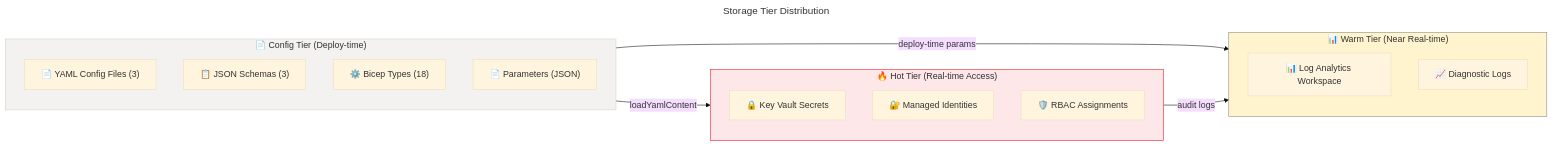
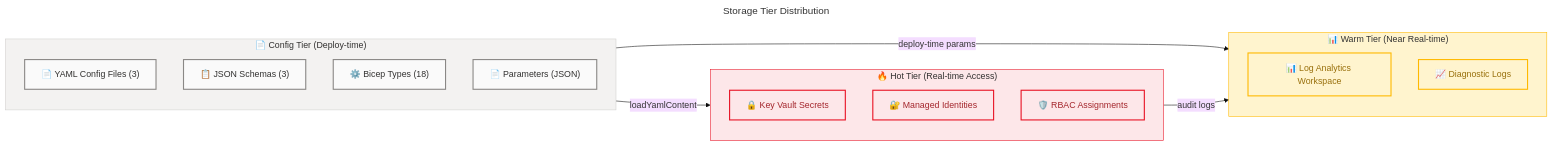
Before and after one commit to Evilazaro/DevExp-DevBox: the second of 9 diagrams in docs/architecture/data-architecture.md, drawn with Mermaid.

Commit message:
style: enhance flowchart color coding for improved clarity and categorization

````diff
--- a/docs/architecture/data-architecture.md
+++ b/docs/architecture/data-architecture.md
@@ -170,50 +170,54 @@
 ```mermaid
 ---
 title: Storage Tier Distribution
 config:
   theme: base
   look: classic
   layout: dagre
   themeVariables:
     fontSize: '16px'
 ---
 flowchart LR
     %% ═══════════════════════════════════════════════════════════════════════════
     %% AZURE / FLUENT ARCHITECTURE PATTERN v1.1
     %% (Semantic + Structural + Font + Accessibility Governance)
     %% ═══════════════════════════════════════════════════════════════════════════
     %% PHASE 1 - STRUCTURAL: Direction explicit, flat topology, nesting ≤ 3
     %% PHASE 2 - SEMANTIC: Colors justified, max 5 semantic classes, neutral-first
     %% PHASE 3 - FONT: Dark text on light backgrounds, contrast ≥ 4.5:1
     %% PHASE 4 - ACCESSIBILITY: accTitle/accDescr present, icons on all nodes
     %% PHASE 5 - STANDARD: Governance block present, classDefs centralized
     %% ═══════════════════════════════════════════════════════════════════════════
 
     accTitle: Storage Tier Distribution
     accDescr: Distribution of data assets across storage tiers from hot operational to cold configuration
 
     subgraph HOT["🔥 Hot Tier (Real-time Access)"]
-        H1["🔒 Key Vault Secrets"]
-        H2["🔐 Managed Identities"]
-        H3["🛡️ RBAC Assignments"]
+        H1["🔒 Key Vault Secrets"]:::danger
+        H2["🔐 Managed Identities"]:::danger
+        H3["🛡️ RBAC Assignments"]:::danger
     end
     style HOT fill:#FDE7E9,stroke:#E81123,color:#323130
 
     subgraph WARM["📊 Warm Tier (Near Real-time)"]
-        W1["📊 Log Analytics Workspace"]
-        W2["📈 Diagnostic Logs"]
+        W1["📊 Log Analytics Workspace"]:::warning
+        W2["📈 Diagnostic Logs"]:::warning
     end
-    style WARM fill:#FFF4CE,stroke:#8A8886,color:#323130
+    style WARM fill:#FFF4CE,stroke:#FFB900,color:#323130
 
     subgraph CONFIG["📄 Config Tier (Deploy-time)"]
-        C1["📄 YAML Config Files (3)"]
-        C2["📋 JSON Schemas (3)"]
-        C3["⚙️ Bicep Types (18)"]
-        C4["📄 Parameters (JSON)"]
+        C1["📄 YAML Config Files (3)"]:::neutral
+        C2["📋 JSON Schemas (3)"]:::neutral
+        C3["⚙️ Bicep Types (18)"]:::neutral
+        C4["📄 Parameters (JSON)"]:::neutral
     end
     style CONFIG fill:#F3F2F1,stroke:#D2D0CE,color:#323130
 
     CONFIG -->|"loadYamlContent"| HOT
     CONFIG -->|"deploy-time params"| WARM
     HOT -->|"audit logs"| WARM
+
+    classDef danger fill:#FDE7E9,stroke:#E81123,stroke-width:2px,color:#A4262C
+    classDef warning fill:#FFF4CE,stroke:#FFB900,stroke-width:2px,color:#986F0B
+    classDef neutral fill:#FAFAFA,stroke:#8A8886,stroke-width:2px,color:#323130
 ```
````
